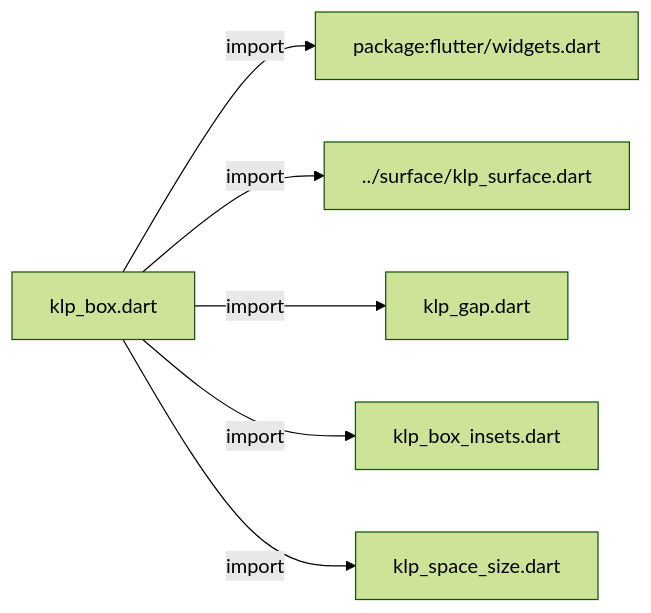
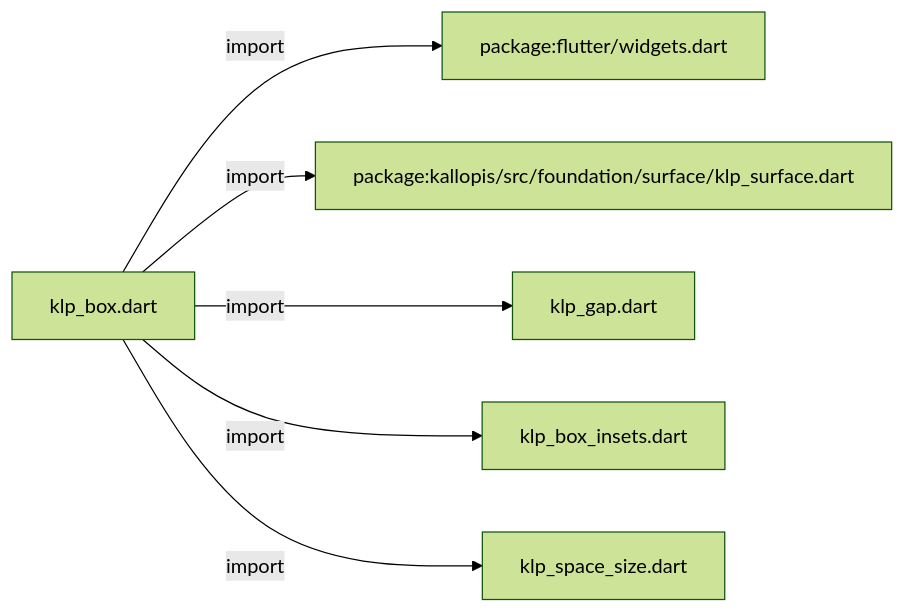
The first of 3 diagrams in docs/architecture/src/foundation/layout/klp_box.md (MiuDog/Kallopis), drawn with Mermaid (forest theme) before and after one commit. The commit also changed other lines of this file and 9688 other files, not shown here.

Commit message:
Prepare isolated Flow F2 peer baseline

````diff
--- a/docs/architecture/src/foundation/layout/klp_box.md
+++ b/docs/architecture/src/foundation/layout/klp_box.md
@@ -11,14 +11,14 @@
 ```mermaid
 flowchart LR
 	n0["klp_box.dart"]
 	n1["package:flutter/widgets.dart"]
-	n2["../surface/klp_surface.dart"]
+	n2["package:kallopis/src/foundation/surface/klp_surface.dart"]
 	n3["klp_gap.dart"]
 	n4["klp_box_insets.dart"]
 	n5["klp_space_size.dart"]
 	n0 -->|"import"| n1
 	n0 -->|"import"| n2
 	n0 -->|"import"| n3
 	n0 -->|"import"| n4
 	n0 -->|"import"| n5
 ```
````
